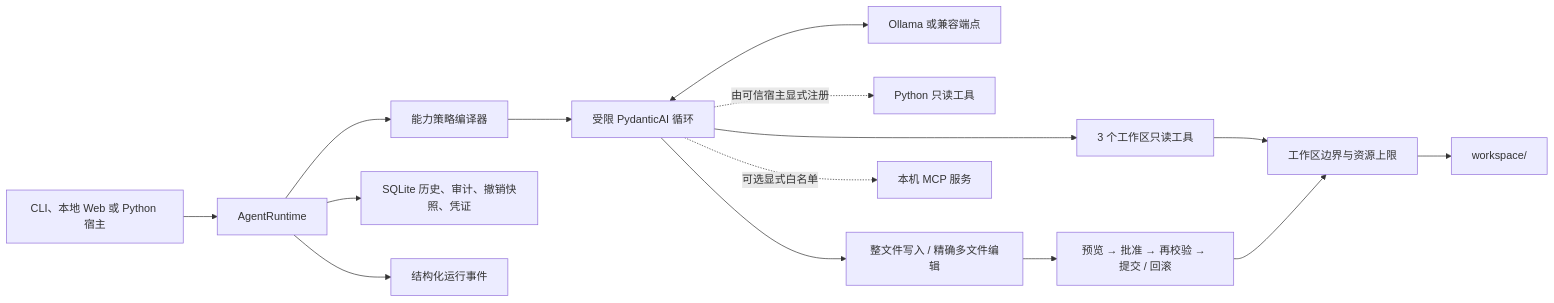
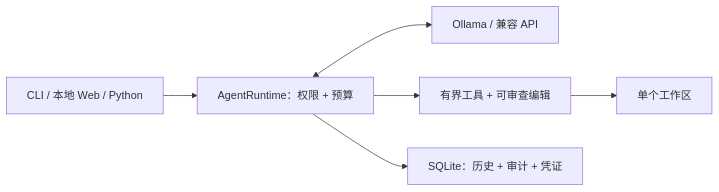
The diagram in README.zh-CN.md (MuzeAnisichael/minimal-local-agent), drawn with Mermaid before and after one commit. The commit also changed other lines of this file and 1 other file, not shown here.

````diff
--- a/README.zh-CN.md
+++ b/README.zh-CN.md
@@ -140,17 +143,8 @@
 ```mermaid
 flowchart LR
-    User["CLI、本地 Web 或 Python 宿主"] --> Runtime["AgentRuntime"]
-    Runtime --> Policy["能力策略编译器"]
-    Policy --> Loop["受限 PydanticAI 循环"]
-    Loop <--> Model["Ollama 或兼容端点"]
-    Loop --> Read["3 个工作区只读工具"]
-    Loop -. "由可信宿主显式注册" .-> PythonTools["Python 只读工具"]
-    Loop --> Mutate["整文件写入 / 精确多文件编辑"]
-    Mutate --> Tx["预览 → 批准 → 再校验 → 提交 / 回滚"]
-    Read --> Guard["工作区边界与资源上限"]
-    Tx --> Guard
-    Guard --> Files["workspace/"]
-    Loop -. "可选显式白名单" .-> MCP["本机 MCP 服务"]
-    Runtime --> Store["SQLite 历史、审计、撤销快照、凭证"]
-    Runtime --> Events["结构化运行事件"]
+    Host["CLI / 本地 Web / Python"] --> Runtime["AgentRuntime：权限 + 预算"]
+    Runtime <--> Model["Ollama / 兼容 API"]
+    Runtime --> Tools["有界工具 + 可审查编辑"]
+    Tools --> Files["单个工作区"]
+    Runtime --> State["SQLite：历史 + 审计 + 凭证"]
 ```
````
